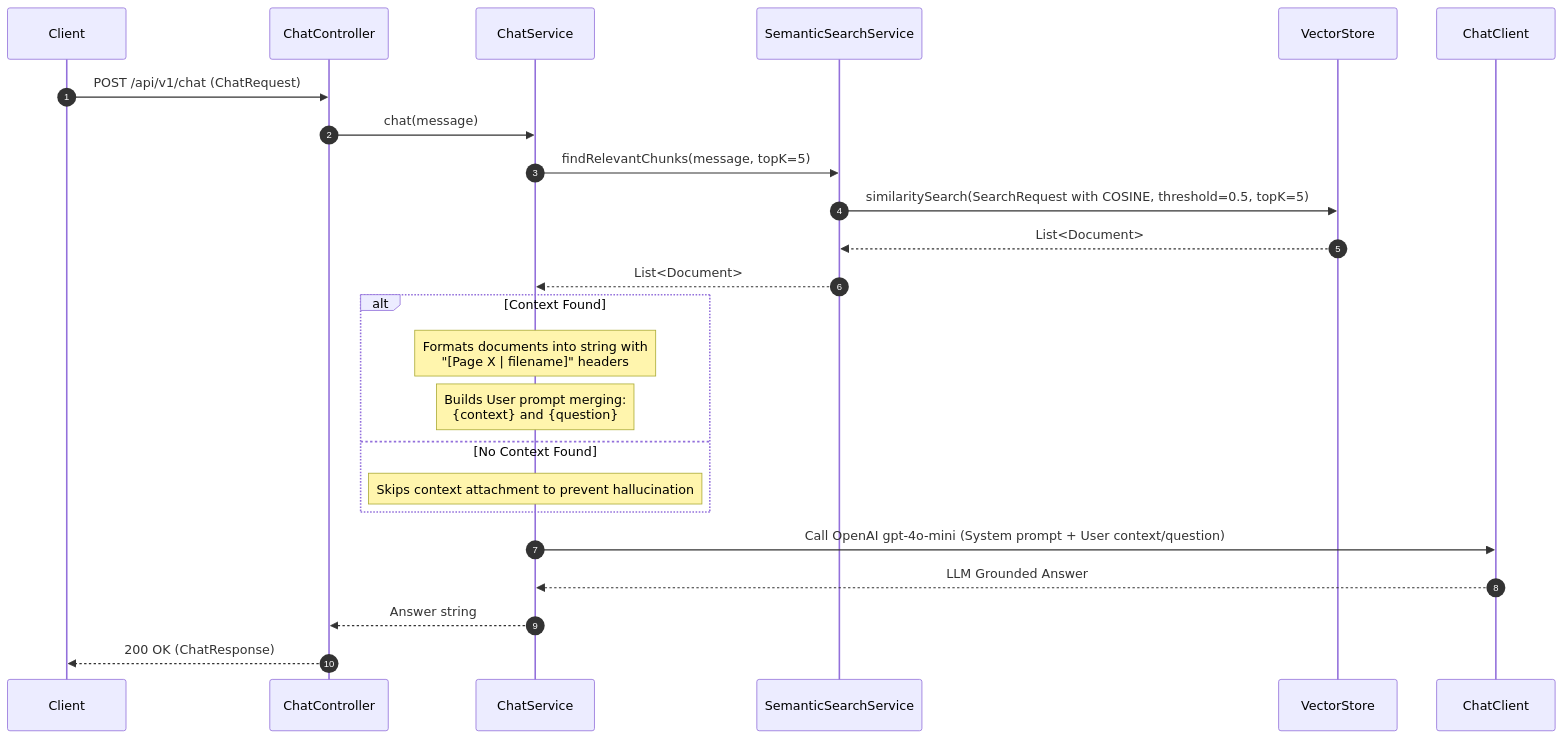
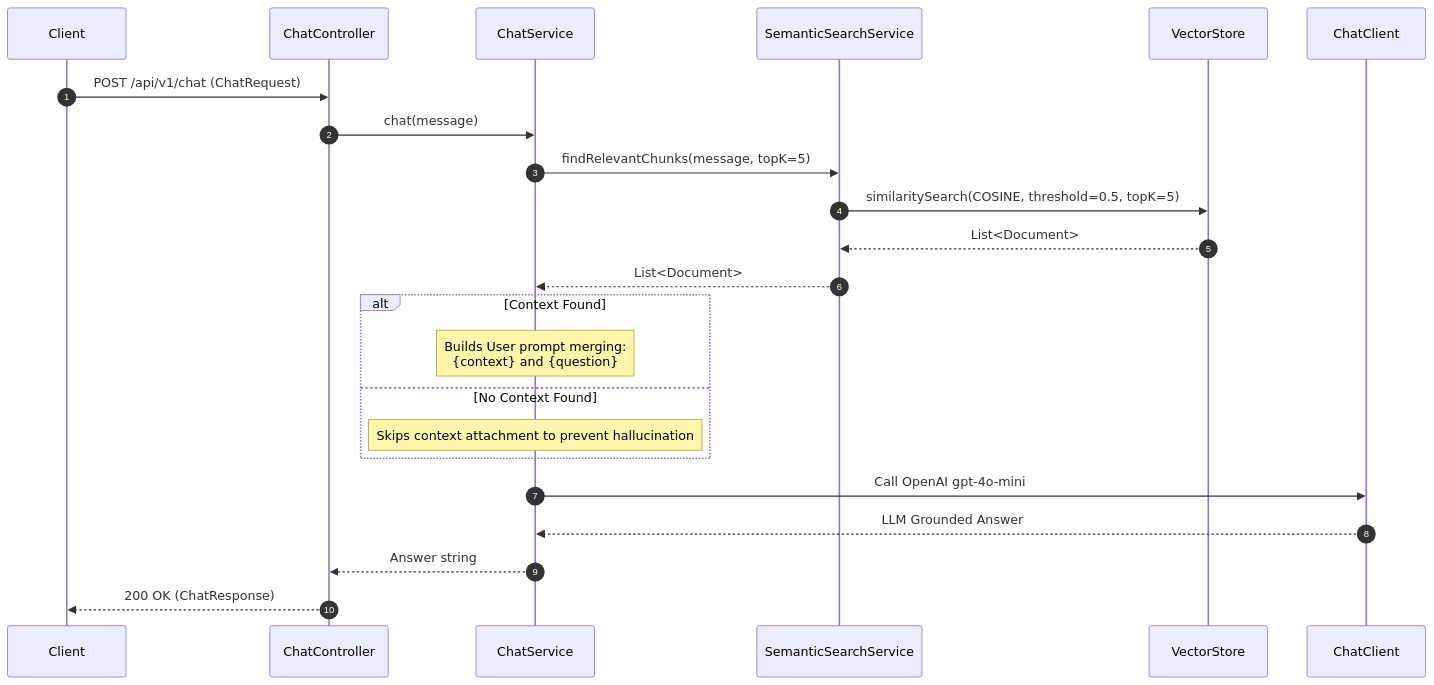
The second of 2 diagrams in agent.md (Adarsh9497/finpulse-ai), drawn with Mermaid before and after one commit. The commit also changed other lines of this file, not shown here.

Commit message:
docs: update agent architecture to reflect RabbitMQ-based asynchronous ingestion and Tika document parsing

````diff
--- a/agent.md
+++ b/agent.md
@@ -105,22 +82,21 @@
 ```mermaid
 sequenceDiagram
     autonumber
     Client->>ChatController: POST /api/v1/chat (ChatRequest)
     ChatController->>ChatService: chat(message)
     ChatService->>SemanticSearchService: findRelevantChunks(message, topK=5)
-    SemanticSearchService->>VectorStore: similaritySearch(SearchRequest with COSINE, threshold=0.5, topK=5)
+    SemanticSearchService->>VectorStore: similaritySearch(COSINE, threshold=0.5, topK=5)
     VectorStore-->>SemanticSearchService: List<Document>
     SemanticSearchService-->>ChatService: List<Document>
     
     alt Context Found
-        Note over ChatService: Formats documents into string with<br/>"[Page X | filename]" headers
         Note over ChatService: Builds User prompt merging: <br/>{context} and {question}
     else No Context Found
         Note over ChatService: Skips context attachment to prevent hallucination
     end
     
-    ChatService->>ChatClient: Call OpenAI gpt-4o-mini (System prompt + User context/question)
+    ChatService->>ChatClient: Call OpenAI gpt-4o-mini
     ChatClient-->>ChatService: LLM Grounded Answer
     ChatService-->>ChatController: Answer string
     ChatController-->>Client: 200 OK (ChatResponse)
 ```
````
